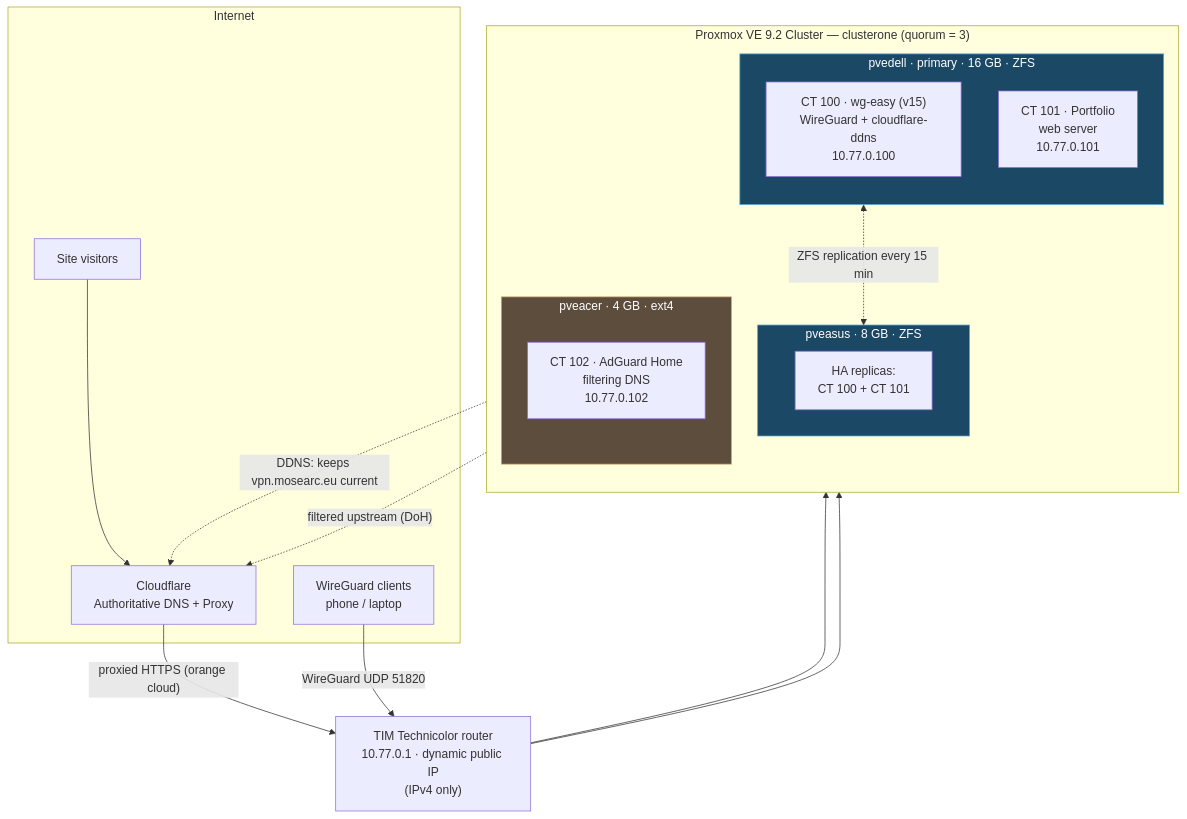
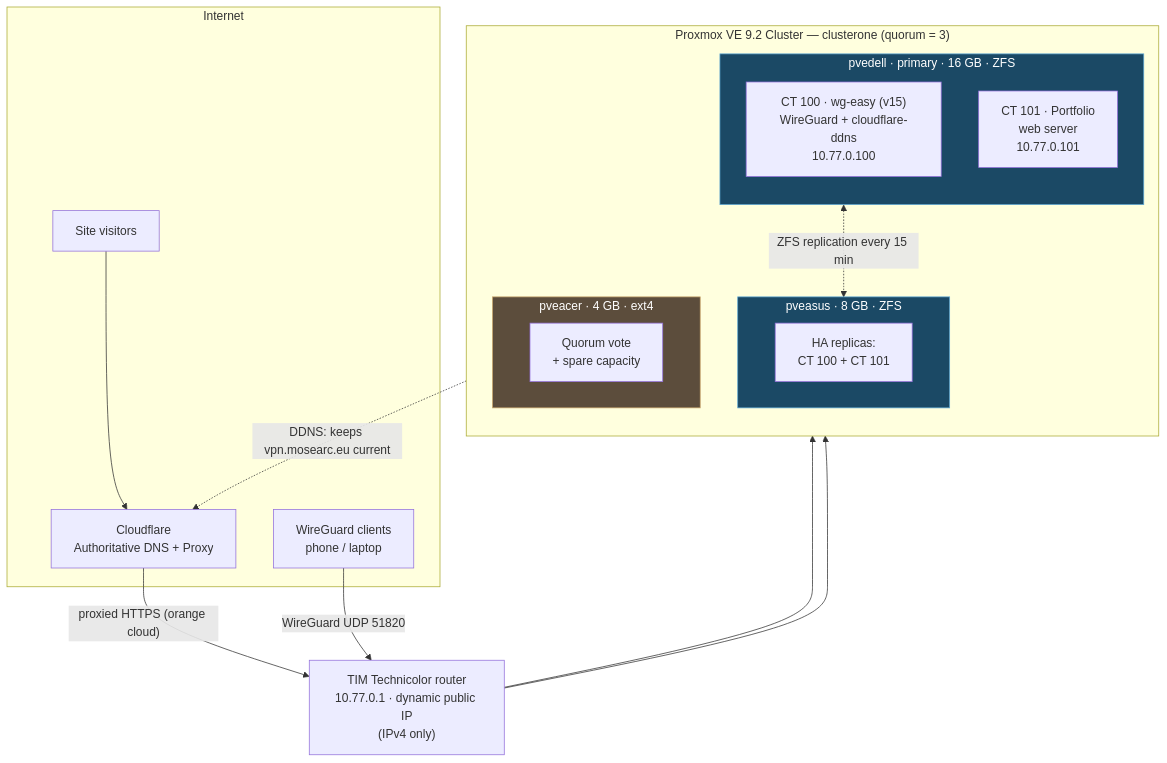
Before and after one commit to mosearc/homelab: the diagram in README.md, drawn with Mermaid. The commit also changed other lines of this file and 3 other files, not shown here.

````diff
--- a/README.md
+++ b/README.md
@@ -13,36 +13,35 @@
 ```mermaid
 flowchart TB
     subgraph net[Internet]
         users[Site visitors]
         cf[Cloudflare<br/>Authoritative DNS + Proxy]
         clients[WireGuard clients<br/>phone / laptop]
     end
 
     router["TIM Technicolor router<br/>10.77.0.1 · dynamic public IP<br/>(IPv4 only)"]
 
     subgraph cluster["Proxmox VE 9.2 Cluster — clusterone (quorum = 3)"]
         direction TB
         subgraph n1["pvedell · primary · 16 GB · ZFS"]
             vpn["CT 100 · wg-easy (v15)<br/>WireGuard + cloudflare-ddns<br/>10.77.0.100"]
             port["CT 101 · Portfolio<br/>web server<br/>10.77.0.101"]
         end
         subgraph n2["pveasus · 8 GB · ZFS"]
             repl["HA replicas:<br/>CT 100 + CT 101"]
         end
         subgraph n3["pveacer · 4 GB · ext4"]
-            adg["CT 102 · AdGuard Home<br/>filtering DNS<br/>10.77.0.102"]
+            quorum["Quorum vote<br/>+ spare capacity"]
         end
     end
 
     users --> cf
     cf -->|"proxied HTTPS (orange cloud)"| router --> port
     clients -->|"WireGuard UDP 51820"| router --> vpn
     vpn -. "DDNS: keeps vpn.mosearc.eu current" .-> cf
     n1 <-. "ZFS replication every 15 min" .-> n2
-    adg -. "filtered upstream (DoH)" .-> cf
 
     classDef zfs fill:#1b4965,stroke:#5fa8d3,color:#fff;
     classDef ext fill:#5c4d3c,stroke:#c9a66b,color:#fff;
     class n1,n2 zfs;
     class n3 ext;
 ```
````
